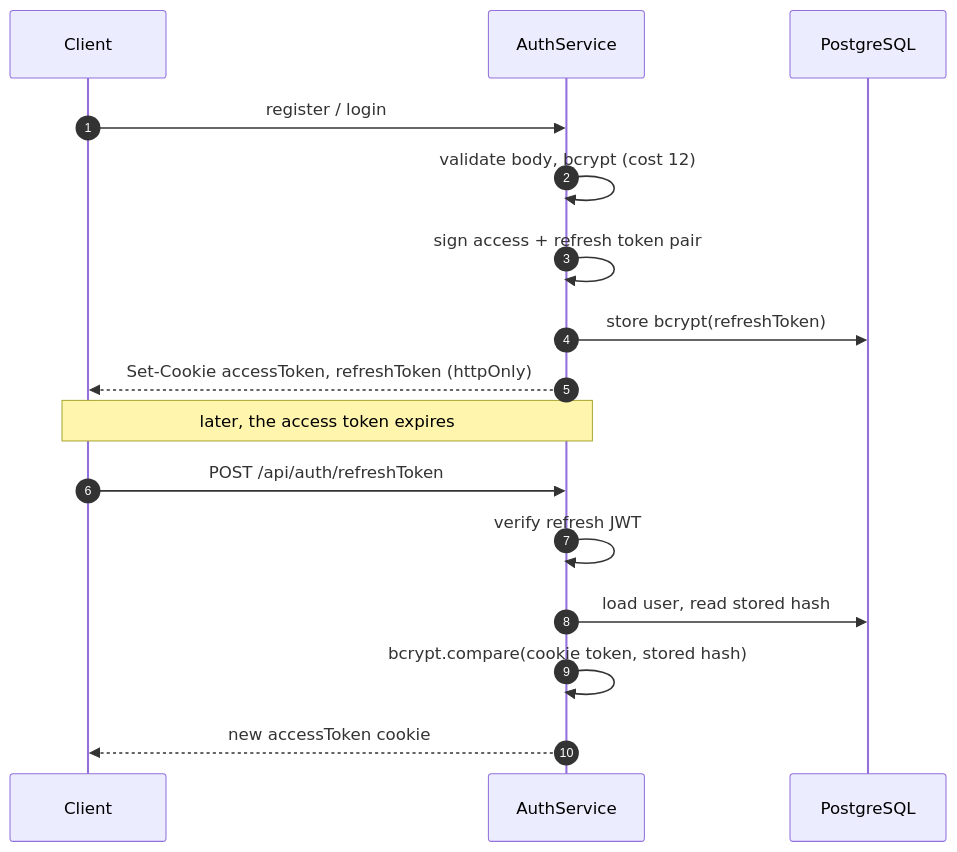
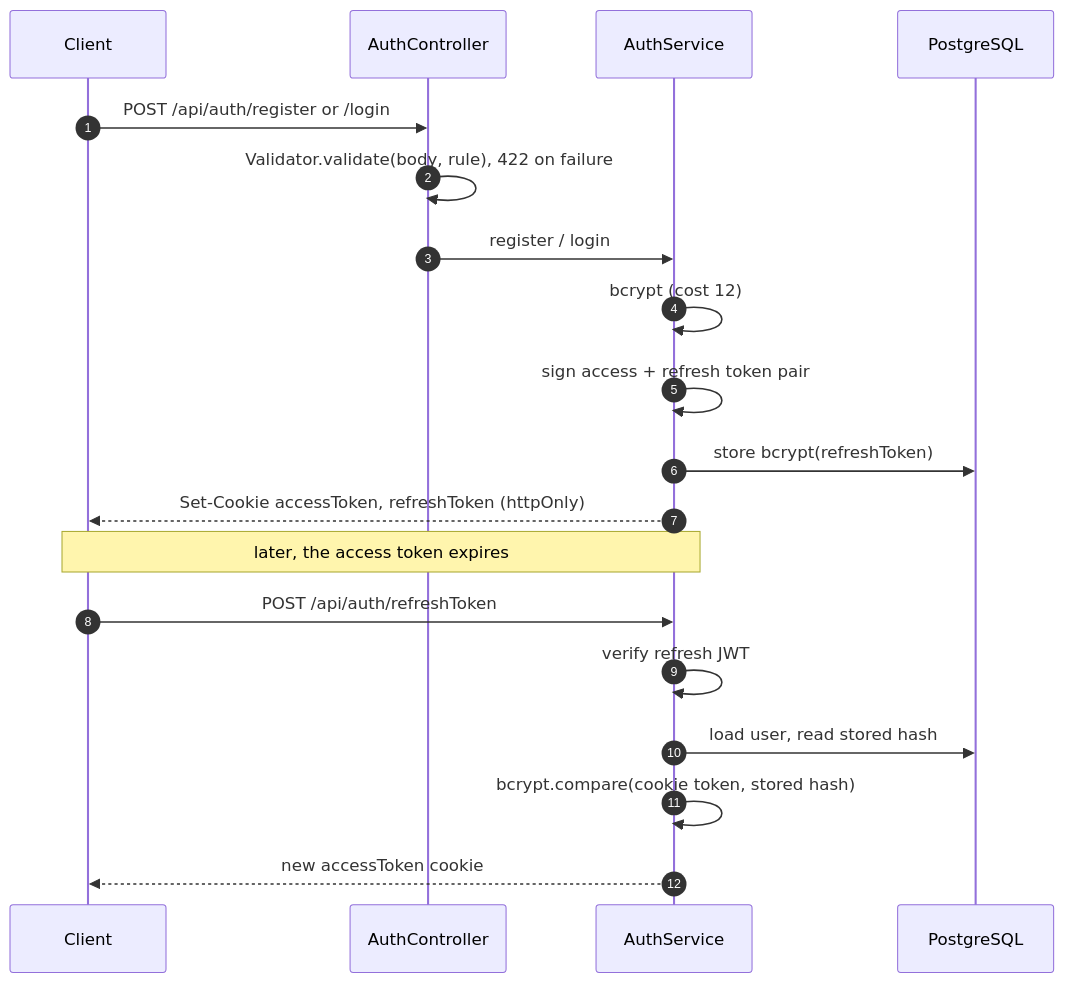
Before and after one commit to ZenZN99/Zentro-Social-Network: the fifth of 8 diagrams in README.md, drawn with Mermaid. The commit also changed other lines of this file, not shown here.

````diff
--- a/README.md
+++ b/README.md
@@ -385,20 +408,23 @@
 ```mermaid
 sequenceDiagram
   autonumber
   participant C as Client
+  participant K as AuthController
   participant API as AuthService
   participant D as PostgreSQL
 
-  C->>API: register / login
-  API->>API: validate body, bcrypt (cost 12)
+  C->>K: POST /api/auth/register or /login
+  K->>K: Validator.validate(body, rule), 422 on failure
+  K->>API: register / login
+  API->>API: bcrypt (cost 12)
   API->>API: sign access + refresh token pair
   API->>D: store bcrypt(refreshToken)
   API-->>C: Set-Cookie accessToken, refreshToken (httpOnly)
 
   Note over C,API: later, the access token expires
   C->>API: POST /api/auth/refreshToken
   API->>API: verify refresh JWT
   API->>D: load user, read stored hash
   API->>API: bcrypt.compare(cookie token, stored hash)
   API-->>C: new accessToken cookie
 ```
````
